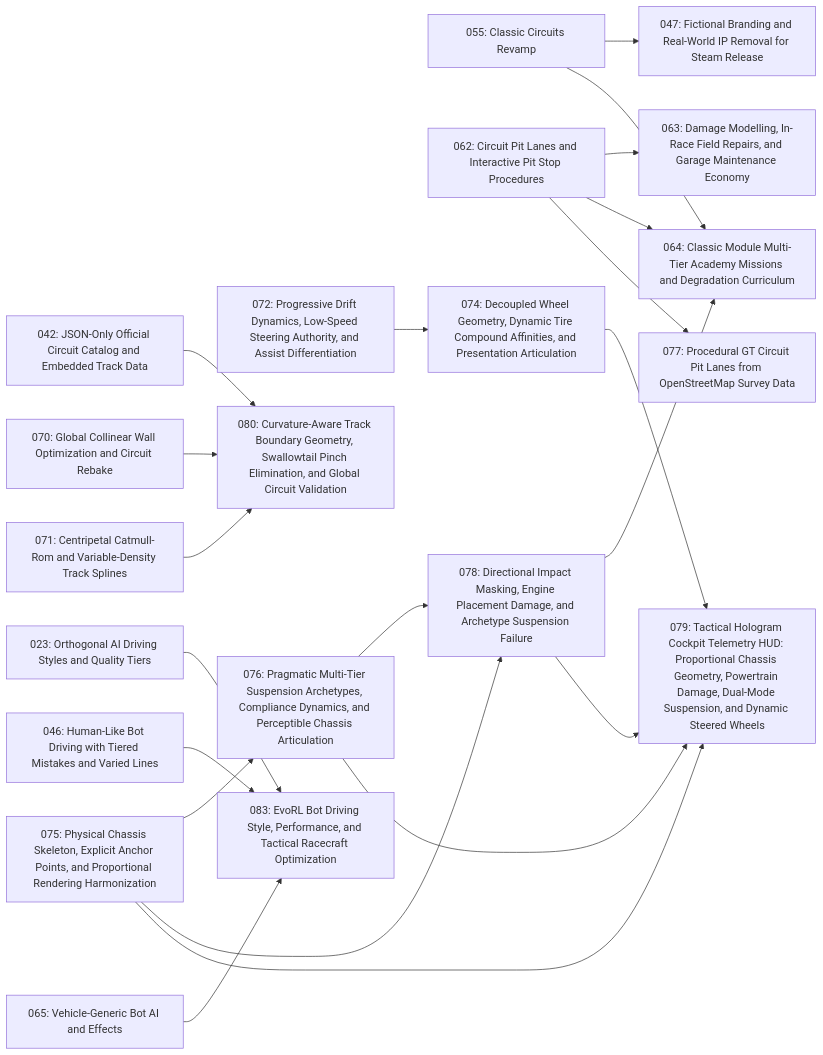
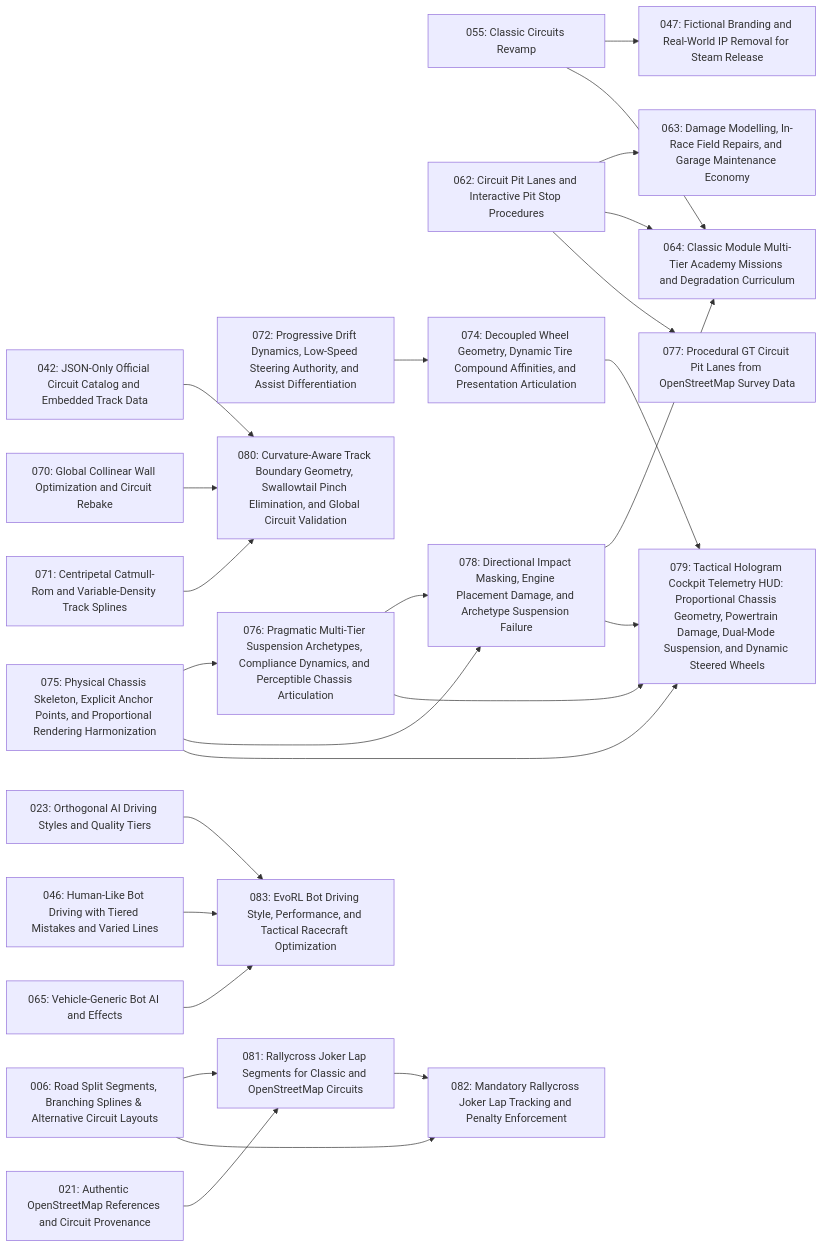
One commit to magomar/tdrace changed the diagram in specs/index.md. Above: the diagram before and after it, drawn with Mermaid. The commit also changed other lines of this file and 3 other files, not shown here.

Commit message:
docs(specs): file spec 081 (joker segments) and spec 082 (mandatory joker enforcement)

````diff
--- a/specs/index.md
+++ b/specs/index.md
@@ -108,43 +110,51 @@
 ```mermaid
 flowchart LR
+    006["006: Road Split Segments, Branching Splines & Alternative Circuit Layouts"]
+    021["021: Authentic OpenStreetMap References and Circuit Provenance"]
     023["023: Orthogonal AI Driving Styles and Quality Tiers"]
     042["042: JSON-Only Official Circuit Catalog and Embedded Track Data"]
     046["046: Human-Like Bot Driving with Tiered Mistakes and Varied Lines"]
     047["047: Fictional Branding and Real-World IP Removal for Steam Release"]
     055["055: Classic Circuits Revamp"]
     062["062: Circuit Pit Lanes and Interactive Pit Stop Procedures"]
     063["063: Damage Modelling, In-Race Field Repairs, and Garage Maintenance Economy"]
     064["064: Classic Module Multi-Tier Academy Missions and Degradation Curriculum"]
     065["065: Vehicle-Generic Bot AI and Effects"]
     070["070: Global Collinear Wall Optimization and Circuit Rebake"]
     071["071: Centripetal Catmull-Rom and Variable-Density Track Splines"]
     072["072: Progressive Drift Dynamics, Low-Speed Steering Authority, and Assist Differentiation"]
     074["074: Decoupled Wheel Geometry, Dynamic Tire Compound Affinities, and Presentation Articulation"]
     075["075: Physical Chassis Skeleton, Explicit Anchor Points, and Proportional Rendering Harmonization"]
     076["076: Pragmatic Multi-Tier Suspension Archetypes, Compliance Dynamics, and Perceptible Chassis Articulation"]
     077["077: Procedural GT Circuit Pit Lanes from OpenStreetMap Survey Data"]
     078["078: Directional Impact Masking, Engine Placement Damage, and Archetype Suspension Failure"]
     079["079: Tactical Hologram Cockpit Telemetry HUD: Proportional Chassis Geometry, Powertrain Damage, Dual-Mode Suspension, and Dynamic Steered Wheels"]
     080["080: Curvature-Aware Track Boundary Geometry, Swallowtail Pinch Elimination, and Global Circuit Validation"]
+    081["081: Rallycross Joker Lap Segments for Classic and OpenStreetMap Circuits"]
+    082["082: Mandatory Rallycross Joker Lap Tracking and Penalty Enforcement"]
     083["083: EvoRL Bot Driving Style, Performance, and Tactical Racecraft Optimization"]
     055 --> 047
     062 --> 063
     055 --> 064
     062 --> 064
     078 --> 064
     072 --> 074
     075 --> 076
     062 --> 077
     075 --> 078
     076 --> 078
     074 --> 079
     075 --> 079
     076 --> 079
     078 --> 079
     042 --> 080
     070 --> 080
     071 --> 080
+    006 --> 081
+    021 --> 081
+    006 --> 082
+    081 --> 082
     023 --> 083
     046 --> 083
     065 --> 083
 ```
````
